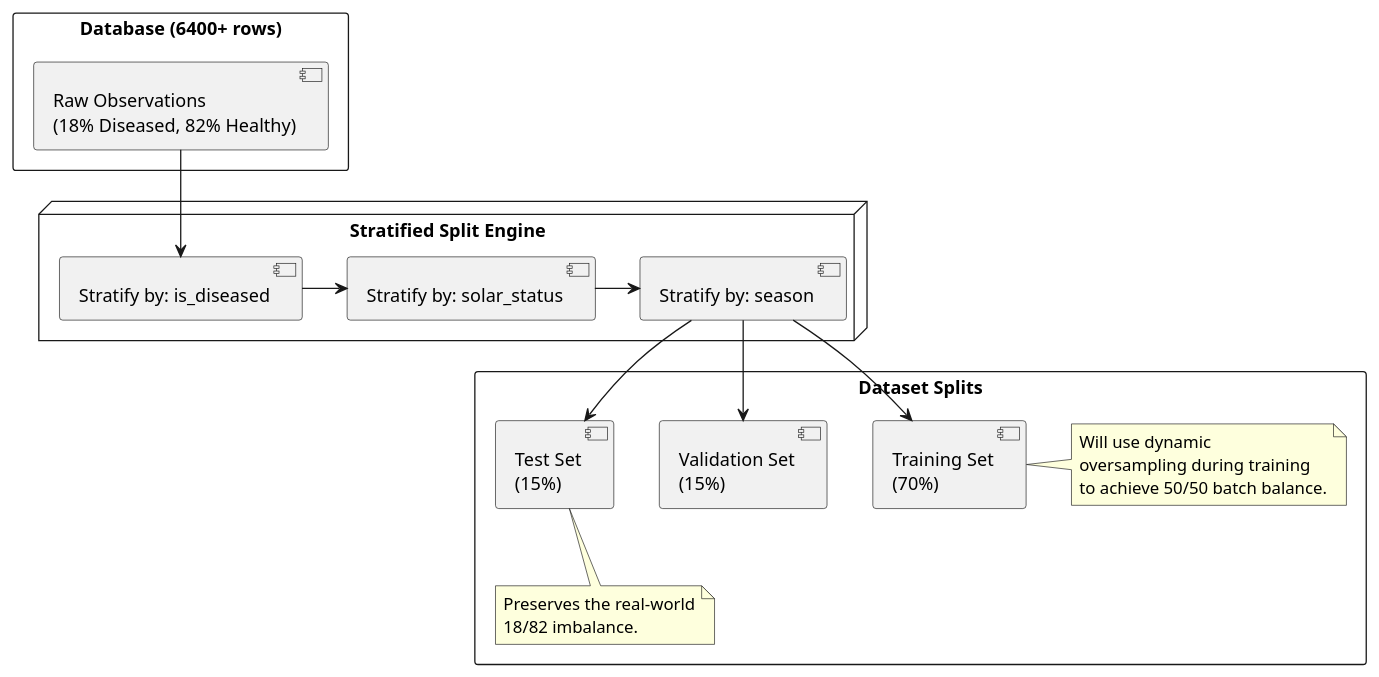
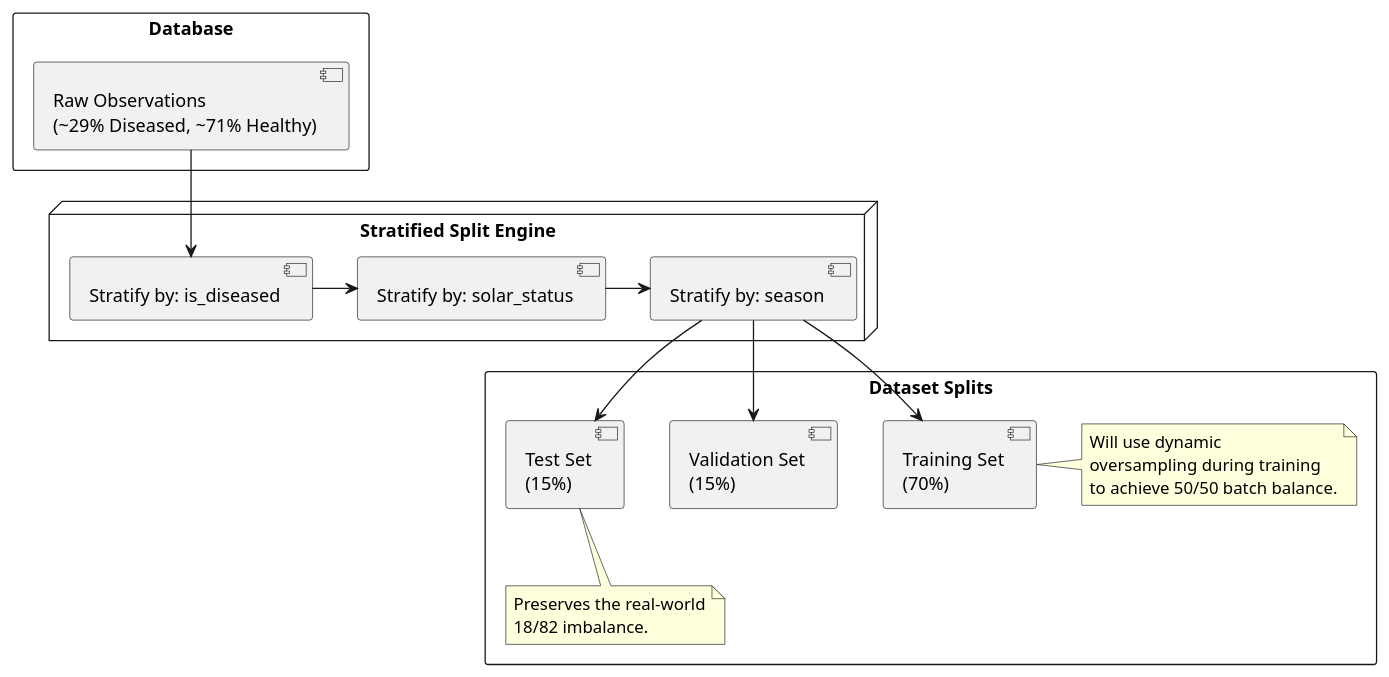
The second of 2 diagrams in docs/MODEL_EVALUATION_METRICS.md (yur4uwe/plant-desease-detection), drawn with PlantUML before and after one commit. The commit also changed other lines of this file and 13 other files, not shown here.

````diff
--- a/docs/MODEL_EVALUATION_METRICS.md
+++ b/docs/MODEL_EVALUATION_METRICS.md
@@ -71,31 +71,30 @@
 ```plantuml
 @startuml
-skinparam handwritten false
 skinparam packageStyle rectangle
 
-package "Database (6400+ rows)" {
-  [Raw Observations\n(18% Diseased, 82% Healthy)] as DB
+package "Database" {
+  [Raw Observations\n(~29% Diseased, ~71% Healthy)] as DB
 }
 
 node "Stratified Split Engine" {
   [Stratify by: is_diseased] as S1
   [Stratify by: solar_status] as S2
   [Stratify by: season] as S3
   S1 -> S2
   S2 -> S3
 }
 
 package "Dataset Splits" {
   [Training Set\n(70%)] as Train
   note right: Will use dynamic\noversampling during training\nto achieve 50/50 batch balance.
   [Validation Set\n(15%)] as Val
   [Test Set\n(15%)] as Test
   note bottom: Preserves the real-world\n18/82 imbalance.
 }
 
 DB --> S1
 S3 --> Train
 S3 --> Val
 S3 --> Test
 @enduml
 ```
````
